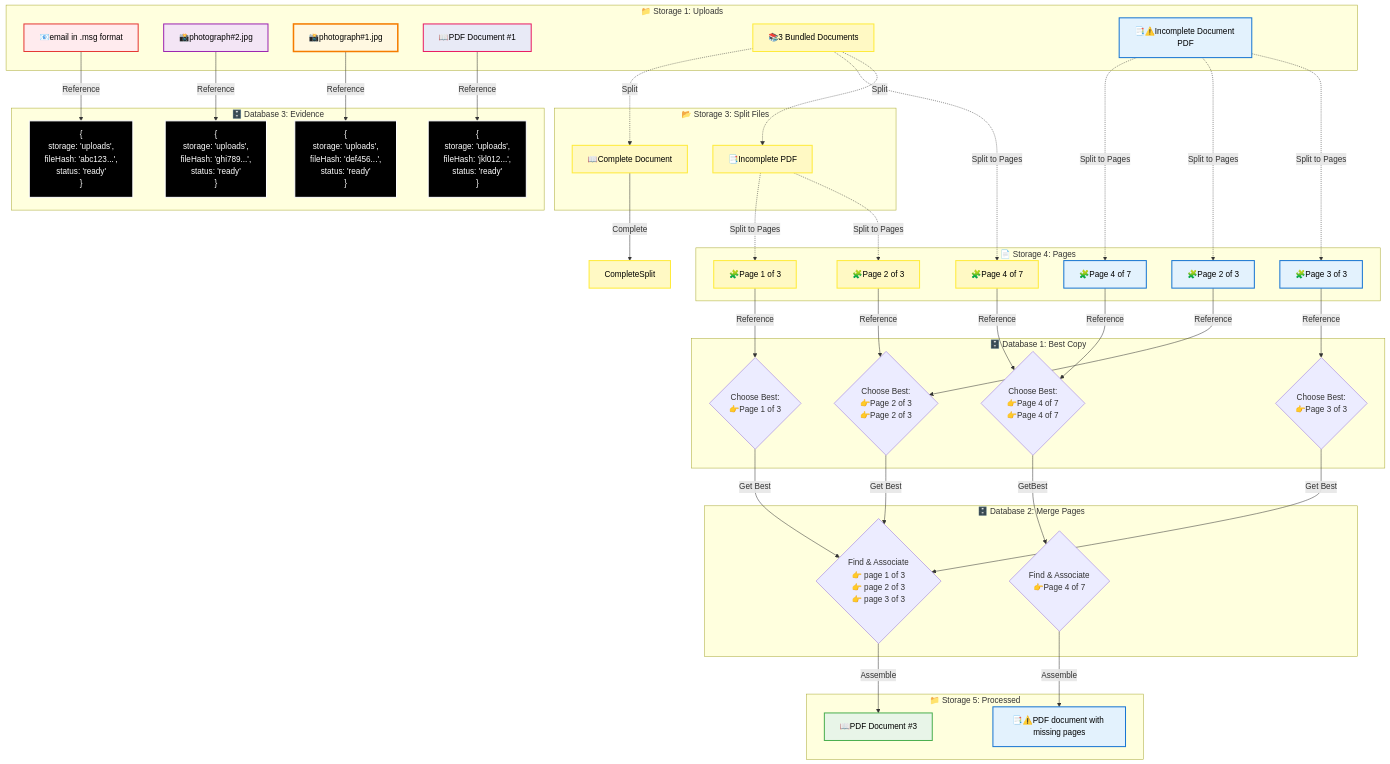
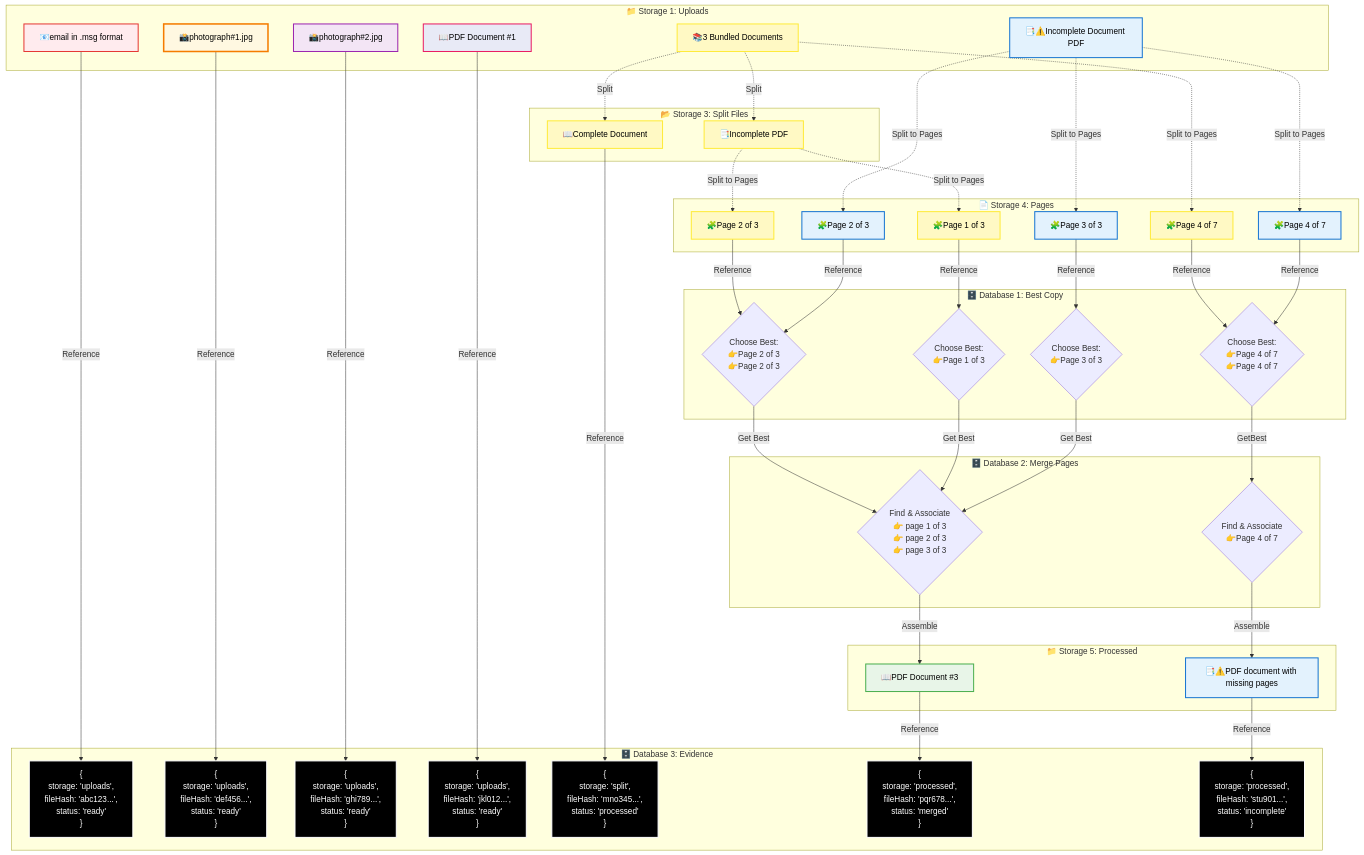
Before and after one commit to Mharbulous/Bookkeeper: the diagram in docs/Document-Processing-Workflow.md, drawn with Mermaid.

Commit message:
Added all data objects to Evidence Database

````diff
--- a/docs/Document-Processing-Workflow.md
+++ b/docs/Document-Processing-Workflow.md
@@ -54,6 +54,9 @@
         Photo1Ref["{<br/>  storage: 'uploads',<br/>  fileHash: 'def456...',<br/>  status: 'ready'<br/>}"]
         Photo2Ref["{<br/>  storage: 'uploads',<br/>  fileHash: 'ghi789...',<br/>  status: 'ready'<br/>}"]
         PdfRef["{<br/>  storage: 'uploads',<br/>  fileHash: 'jkl012...',<br/>  status: 'ready'<br/>}"]
+        CompleteSplitRef["{<br/>  storage: 'split',<br/>  fileHash: 'mno345...',<br/>  status: 'processed'<br/>}"]
+        CompleteMergedRef["{<br/>  storage: 'processed',<br/>  fileHash: 'pqr678...',<br/>  status: 'merged'<br/>}"]
+        IncompleteFinalRef["{<br/>  storage: 'processed',<br/>  fileHash: 'stu901...',<br/>  status: 'incomplete'<br/>}"]
     end
 
     subgraph DB1 ["🗄️ Database 1: Best Copy"]
@@ -75,7 +78,7 @@
 
     %% Flow from Column 2
 
-    DocA -->|Complete| CompleteSplit
+    DocA -->|Reference| CompleteSplitRef
 
     DocC -.->|Split to Pages| SoloPage1
     DocC -.->|Split to Pages| SoloPage2
@@ -108,6 +111,10 @@
     %% Flow from Database 2 to Storage 5
     MergedDoc -->|Assemble| CompleteMerged
     FindsPages -->|Assemble| IncompleteFinal
+    
+    %% Flow from Storage 5 to Database 3 (Evidence Pointers)
+    CompleteMerged -->|Reference| CompleteMergedRef
+    IncompleteFinal -->|Reference| IncompleteFinalRef
 
 
     %% Color Coding by Document Source/Family
@@ -128,7 +135,7 @@
     class PdfUpload pdfDocFamily
 
     %% Bundle Document Family (Light Yellow)
-    class Bundle,DocA,OnePage_split,DocC,SoloPage1,SoloPage2,CompleteSplit bundleDocFamily
+    class Bundle,DocA,OnePage_split,DocC,SoloPage1,SoloPage2 bundleDocFamily
 
     %% Incomplete Document Family (Light Blue)
     class Incomplete,PageRaw1,PageRaw2,PageRaw3,IncompleteFinal incompleteDocFamily
@@ -150,6 +157,6 @@
     class PhotoOfDoc photoTwoFamily
     
     %% Evidence Reference Nodes (Database Objects)
-    class EmailRef,Photo1Ref,Photo2Ref,PdfRef databaseObject
+    class EmailRef,Photo1Ref,Photo2Ref,PdfRef,CompleteSplitRef,CompleteMergedRef,IncompleteFinalRef databaseObject
 
 ```
````
